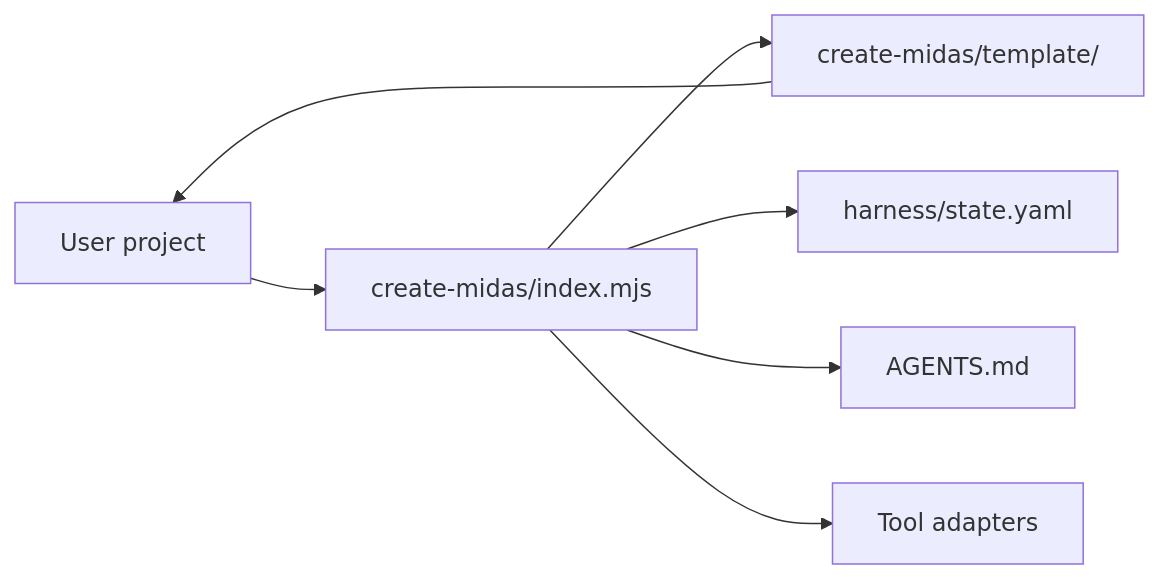
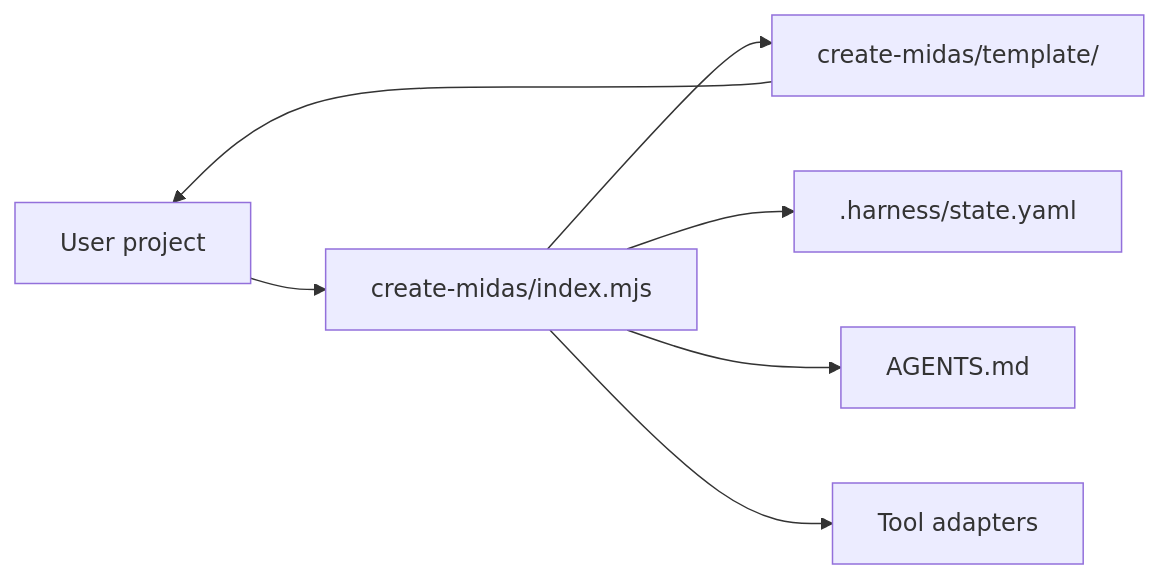
The second of 2 diagrams in docs/repository-architecture.md (okuzpe/midas-harness), drawn with Mermaid before and after one commit. The commit also changed other lines of this file and 302 other files, not shown here.

````diff
--- a/docs/repository-architecture.md
+++ b/docs/repository-architecture.md
@@ -96,16 +96,16 @@
 ```mermaid
 flowchart LR
   User["User project"]
   Installer["create-midas/index.mjs"]
   Template["create-midas/template/"]
-  State["harness/state.yaml"]
+  State[".harness/state.yaml"]
   ProjectLaw["AGENTS.md"]
   Adapters["Tool adapters"]
 
   User --> Installer
   Installer --> Template
   Template --> User
   Installer --> State
   Installer --> ProjectLaw
   Installer --> Adapters
 ```
````
